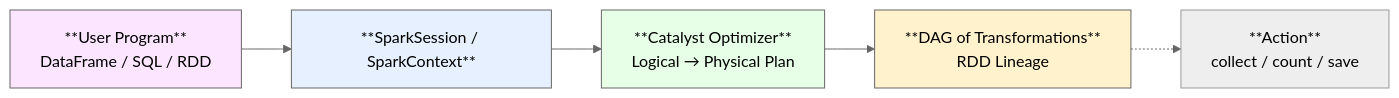
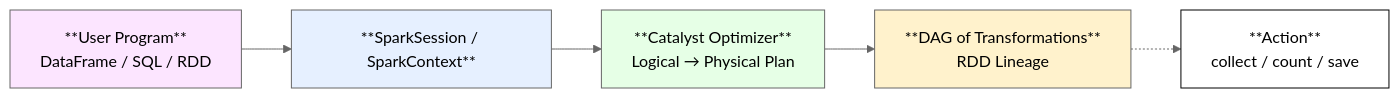
Before and after one commit to blaire101/Spark-Journey-2025: the first of 13 diagrams in README.md, drawn with Mermaid (neutral theme).

````diff
--- a/README.md
+++ b/README.md
@@ -35,19 +35,22 @@
 ```mermaid
 flowchart LR
     A[**User Program**<br>DataFrame / SQL / RDD] --> B[**SparkSession / SparkContext**]
     B --> C[**Catalyst Optimizer**<br>Logical → Physical Plan]
     C --> X[**DAG of Transformations**<br>RDD Lineage]
     X -.-> Y[**Action**<br>collect / count / save]
 
     %% === Color classes (lighter colors) ===
     classDef user fill:#fce5ff,stroke:#666,stroke-width:1px;
     classDef context fill:#e6f0ff,stroke:#666,stroke-width:1px;
     classDef catalyst fill:#e6ffe6,stroke:#666,stroke-width:1px;
     classDef dag fill:#fff2cc,stroke:#666,stroke-width:1px;
 
+    %% === Make Y node black & white ===
+    style Y fill:#ffffff,stroke:#000000,stroke-width:1px;
+
     %% === Assign classes ===
     class A user;
     class B context;
     class C catalyst;
     class X dag;
 ```
````
